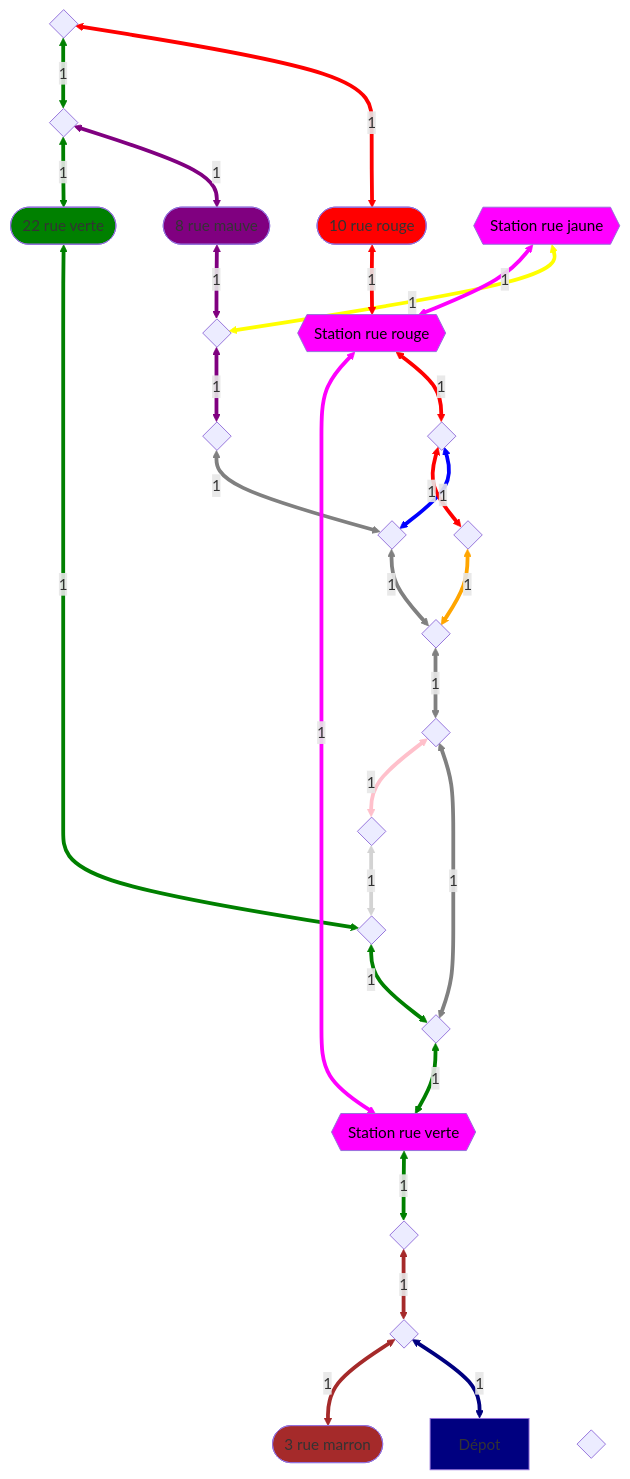
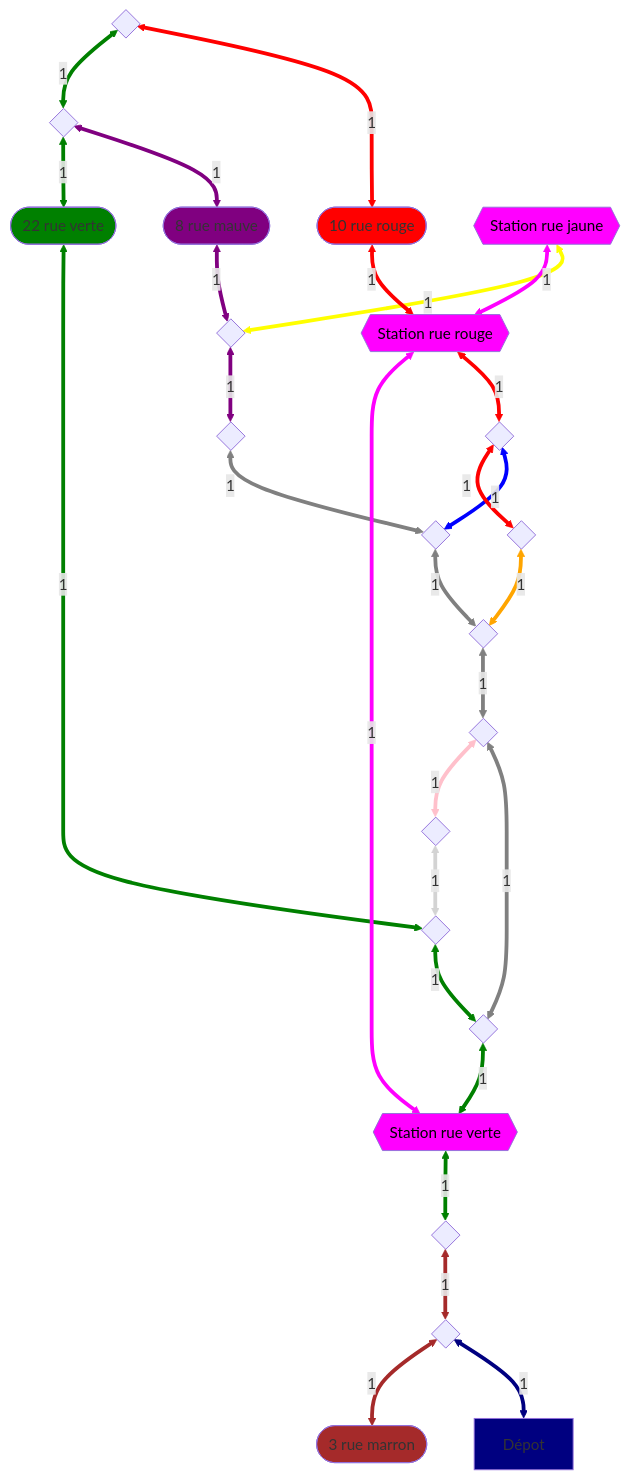
The diagram in README.md (AlixANNERAUD/Graph_theory_project), drawn with Mermaid before and after one commit. The commit also changed other lines of this file and 1 other file, not shown here.

```diff
--- a/README.md
+++ b/README.md
@@ -21,7 +27,6 @@
     Gris_fonce_vert{" "}
     Gris_fonce_rose{" "}
     Gris_fonce_orange{" "}
-    Gris_fonce_bleu_clair{" "}
     Gris_fonce_mauve{" "}
     Jaune_mauve{" "}
     Marron_vert{" "}
```
